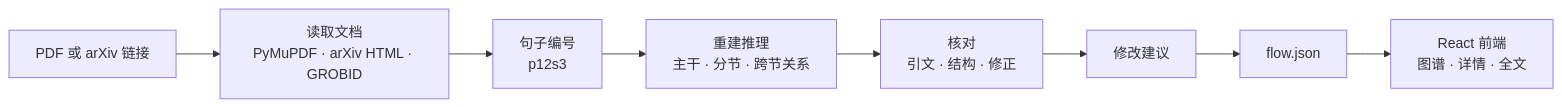
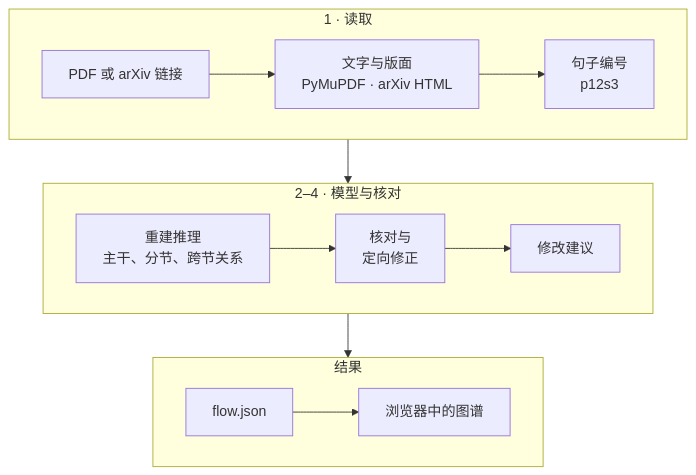
One commit to YEKESONG/Visual_Reasoning_Maps changed the diagram in README.zh-CN.md. Above: the diagram before and after it, drawn with Mermaid. The commit also changed 3 other files, not shown here.

First line of the commit message:
docs: fit the README pipeline diagram to the page width [S22d]

````diff
--- a/README.zh-CN.md
+++ b/README.zh-CN.md
@@ -117,10 +117,16 @@
 ```mermaid
-flowchart LR
-    A["PDF 或 arXiv 链接"] --> B["读取文档<br/>PyMuPDF · arXiv HTML · GROBID"]
-    B --> C["句子编号<br/>p12s3"]
-    C --> D["重建推理<br/>主干 · 分节 · 跨节关系"]
-    D --> E["核对<br/>引文 · 结构 · 修正"]
-    E --> F["修改建议"]
-    F --> G["flow.json"]
-    G --> H["React 前端<br/>图谱 · 详情 · 全文"]
+flowchart TB
+    subgraph S1["1 · 读取"]
+        direction LR
+        A["PDF 或 arXiv 链接"] --> B["文字与版面<br/>PyMuPDF · arXiv HTML"] --> C["句子编号<br/>p12s3"]
+    end
+    subgraph S2["2–4 · 模型与核对"]
+        direction LR
+        D["重建推理<br/>主干、分节、跨节关系"] --> E["核对与<br/>定向修正"] --> F["修改建议"]
+    end
+    subgraph S3["结果"]
+        direction LR
+        G["flow.json"] --> H["浏览器中的图谱"]
+    end
+    S1 --> S2 --> S3
 ```
````
